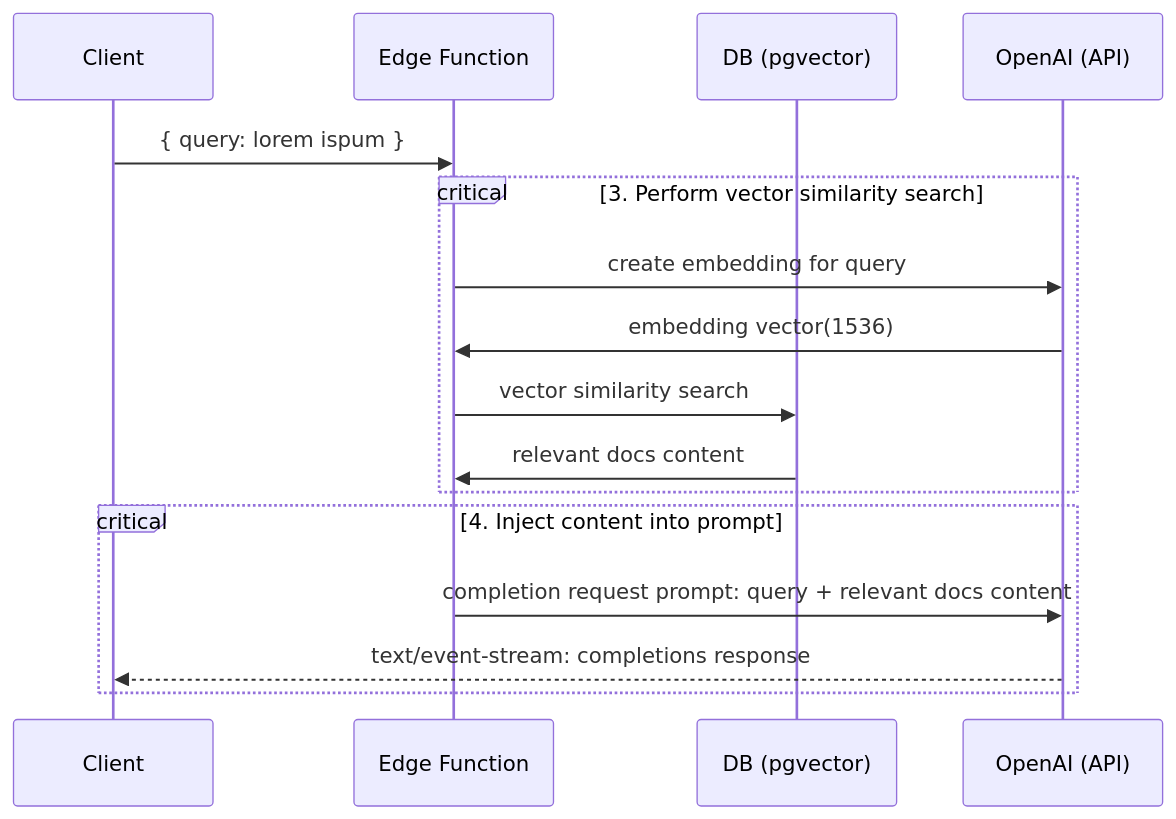
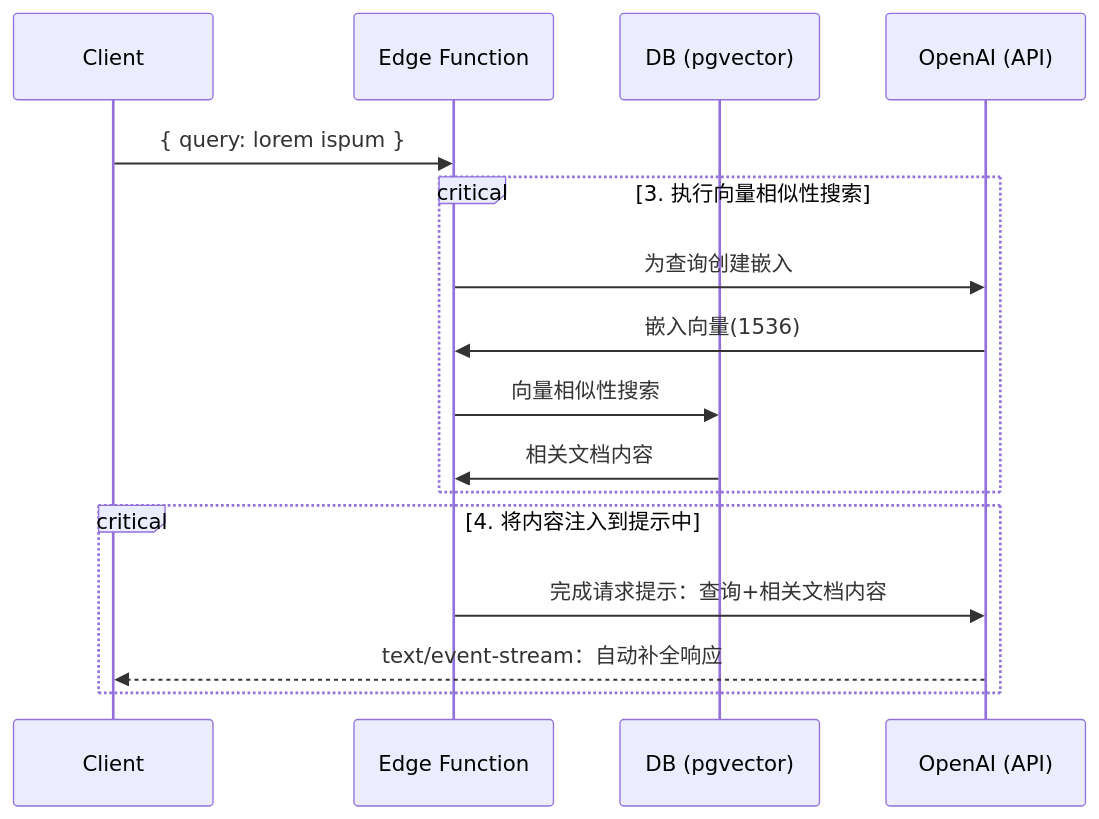
One commit to lvwzhen/law-cn-ai changed the second of 2 diagrams in README.md. Above: the diagram before and after it, drawn with Mermaid. The commit also changed other lines of this file, not shown here.

````diff
--- a/README.md
+++ b/README.md
@@ -47,18 +49,18 @@
 ```mermaid
 sequenceDiagram
     participant Client
     participant Edge Function
     participant DB (pgvector)
     participant OpenAI (API)
     Client->>Edge Function: { query: lorem ispum }
-    critical 3. Perform vector similarity search
-        Edge Function->>OpenAI (API): create embedding for query
-        OpenAI (API)->>Edge Function: embedding vector(1536)
-        Edge Function->>DB (pgvector): vector similarity search
-        DB (pgvector)->>Edge Function: relevant docs content
+    critical 3. 执行向量相似性搜索
+        Edge Function->>OpenAI (API): 为查询创建嵌入
+        OpenAI (API)->>Edge Function: 嵌入向量(1536)
+        Edge Function->>DB (pgvector): 向量相似性搜索
+        DB (pgvector)->>Edge Function: 相关文档内容
     end
-    critical 4. Inject content into prompt
-        Edge Function->>OpenAI (API): completion request prompt: query + relevant docs content
-        OpenAI (API)-->>Client: text/event-stream: completions response
+    critical 4. 将内容注入到提示中
+        Edge Function->>OpenAI (API): 完成请求提示：查询+相关文档内容
+        OpenAI (API)-->>Client: text/event-stream：自动补全响应
     end
 ```
````
